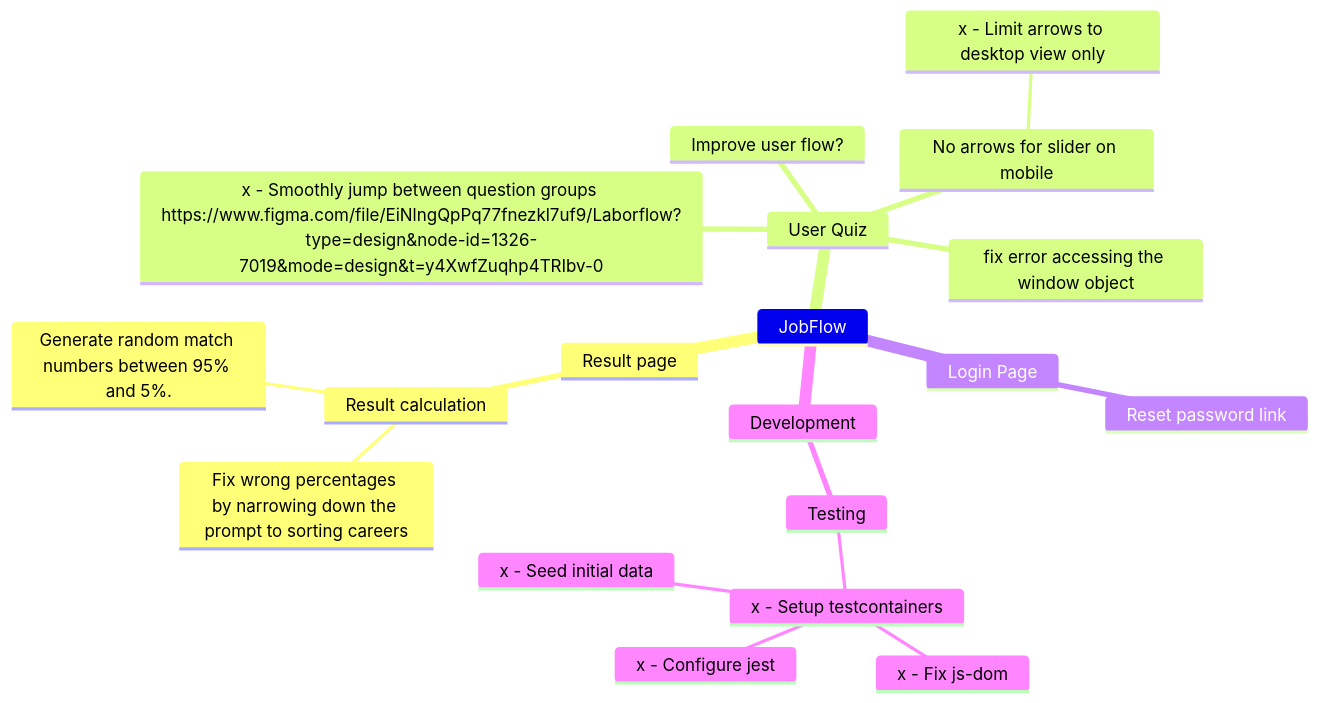
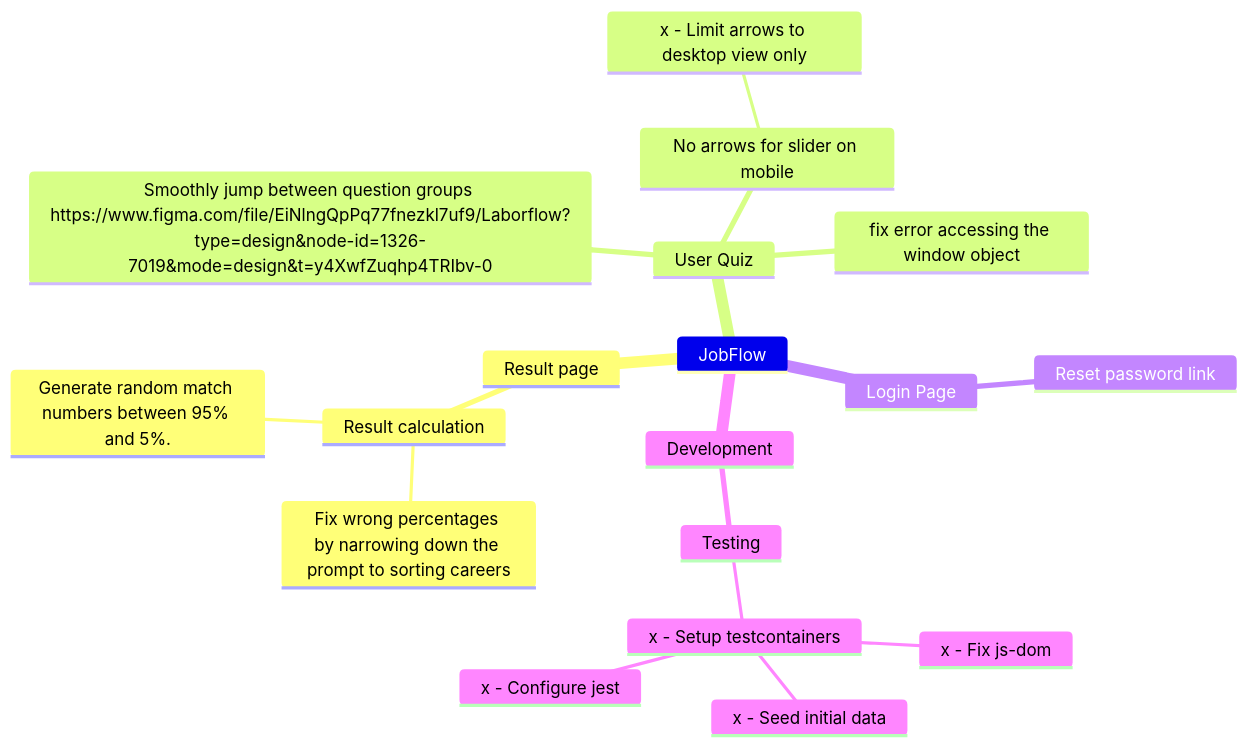
The diagram in README.md (alexkochnev1987/jobflow), drawn with Mermaid before and after one commit.

Commit message:
update diagram

````diff
--- a/README.md
+++ b/README.md
@@ -7,22 +7,21 @@
 ```mermaid
 mindmap
     JobFlow
       Result page
         Result calculation
           Fix wrong percentages by narrowing down the prompt to sorting careers
           Generate random match numbers between 95% and 5%.
       User Quiz
-        x - Smoothly jump between question groups https://www.figma.com/file/EiNlngQpPq77fnezkl7uf9/Laborflow?type=design&node-id=1326-7019&mode=design&t=y4XwfZuqhp4TRIbv-0
+        Smoothly jump between question groups https://www.figma.com/file/EiNlngQpPq77fnezkl7uf9/Laborflow?type=design&node-id=1326-7019&mode=design&t=y4XwfZuqhp4TRIbv-0
         No arrows for slider on mobile
           x - Limit arrows to desktop view only
         fix error accessing the window object
-        Improve user flow?
       Login Page
         Reset password link
       Development
         Testing
           x - Setup testcontainers
             x - Fix js-dom
             x - Seed initial data
             x - Configure jest
 ```
````
